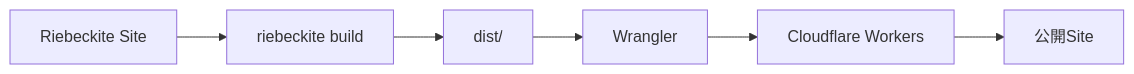
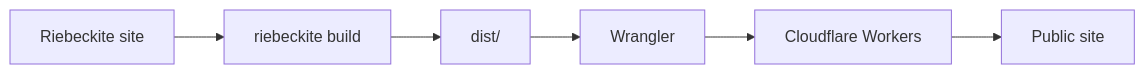
The first of 6 diagrams in docs/docs/guides/deployment/cloudflare-workers.md (Rerurate514/riebeckite), drawn with Mermaid before and after one commit. The commit also changed other lines of this file and 604 other files, not shown here.

````diff
--- a/docs/docs/guides/deployment/cloudflare-workers.md
+++ b/docs/docs/guides/deployment/cloudflare-workers.md
@@ -9,15 +7,15 @@
 ```mermaid
 flowchart LR
-    Content["Riebeckite Site"]
+    Content["Riebeckite site"]
     Build["riebeckite build"]
     Dist["dist/"]
     Wrangler["Wrangler"]
     Workers["Cloudflare Workers"]
-    Public["公開Site"]
+    Public["Public site"]
 
     Content --> Build
     Build --> Dist
     Dist --> Wrangler
     Wrangler --> Workers
     Workers --> Public
 ```
````
